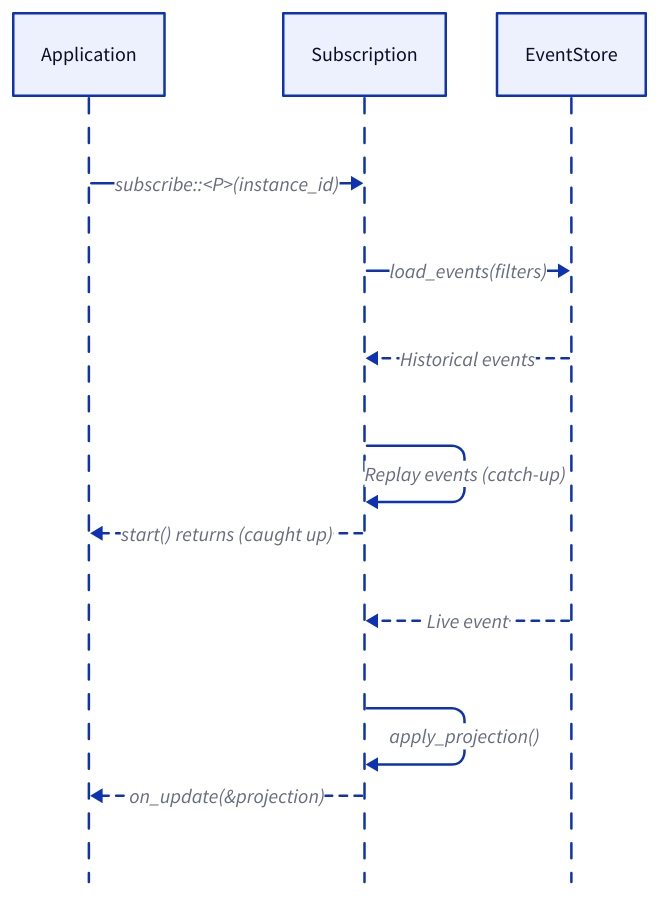
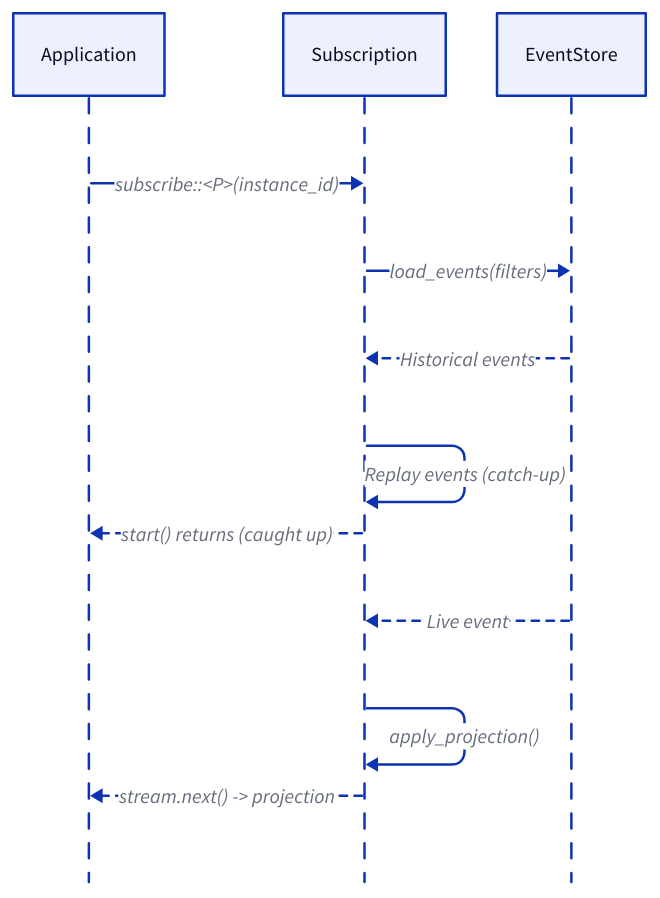
The diagram in docs/src/advanced/subscriptions.md (danieleades/sourcery), drawn with D2 before and after one commit. The commit also changed other lines of this file and 55 other files, not shown here.

````diff
--- a/docs/src/advanced/subscriptions.md
+++ b/docs/src/advanced/subscriptions.md
@@ -28,16 +33,16 @@
 ```d2
 shape: sequence_diagram
 
 App: Application
 Sub: Subscription
 Store: EventStore
 
 App -> Sub: "subscribe::<P>(instance_id)"
 Sub -> Store: "load_events(filters)"
 Store -> Sub: "Historical events" {style.stroke-dash: 3}
 Sub -> Sub: "Replay events (catch-up)"
 Sub -> App: "start() returns (caught up)" {style.stroke-dash: 3}
 Store -> Sub: "Live event" {style.stroke-dash: 3}
 Sub -> Sub: "apply_projection()"
-Sub -> App: "on_update(&projection)" {style.stroke-dash: 3}
+Sub -> App: "stream.next() -> projection" {style.stroke-dash: 3}
 ```
````
